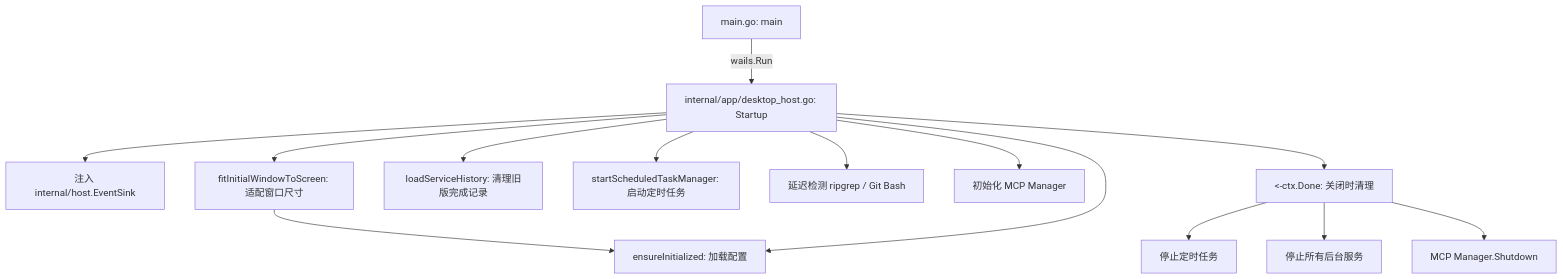
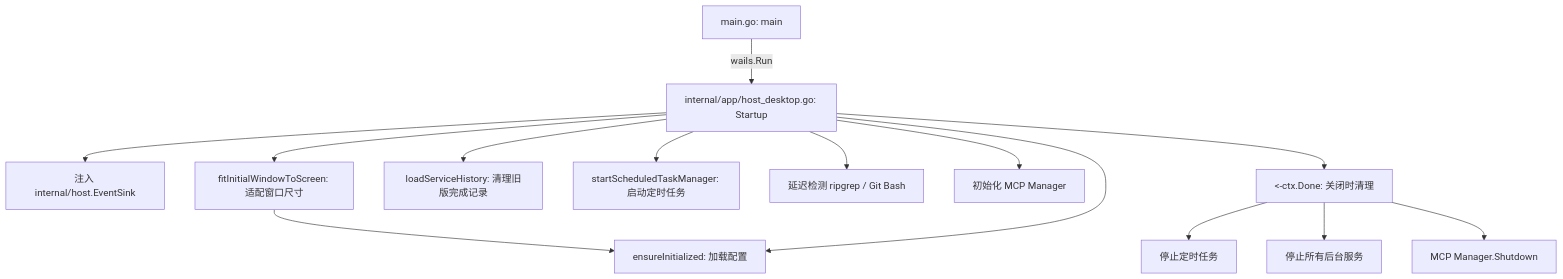
One commit to Bronya0/ally-agent changed the first of 5 diagrams in CODEGRAPH.md. Above: the diagram before and after it, drawn with Mermaid. The commit also changed other lines of this file and 1 other file, not shown here.

````diff
--- a/CODEGRAPH.md
+++ b/CODEGRAPH.md
@@ -41,16 +43,16 @@
 ```mermaid
 flowchart TD
-    main[main.go: main] -->|wails.Run| startup[internal/app/desktop_host.go: Startup]
+    main[main.go: main] -->|wails.Run| startup[internal/app/host_desktop.go: Startup]
     startup --> sink[注入 internal/host.EventSink]
     startup --> fitWin[fitInitialWindowToScreen: 适配窗口尺寸]
     fitWin --> initCfg[ensureInitialized: 加载配置]
     startup --> initCfg
     startup --> cleanupServices[loadServiceHistory: 清理旧版完成记录]
     startup --> startSched[startScheduledTaskManager: 启动定时任务]
     startup --> checkDep[延迟检测 ripgrep / Git Bash]
     startup --> mcpInit[初始化 MCP Manager]
     startup --> ctxDone[<-ctx.Done: 关闭时清理]
     ctxDone --> stopSched[停止定时任务]
     ctxDone --> stopServices[停止所有后台服务]
     ctxDone --> mcpShutdown[MCP Manager.Shutdown]
 ```
````
